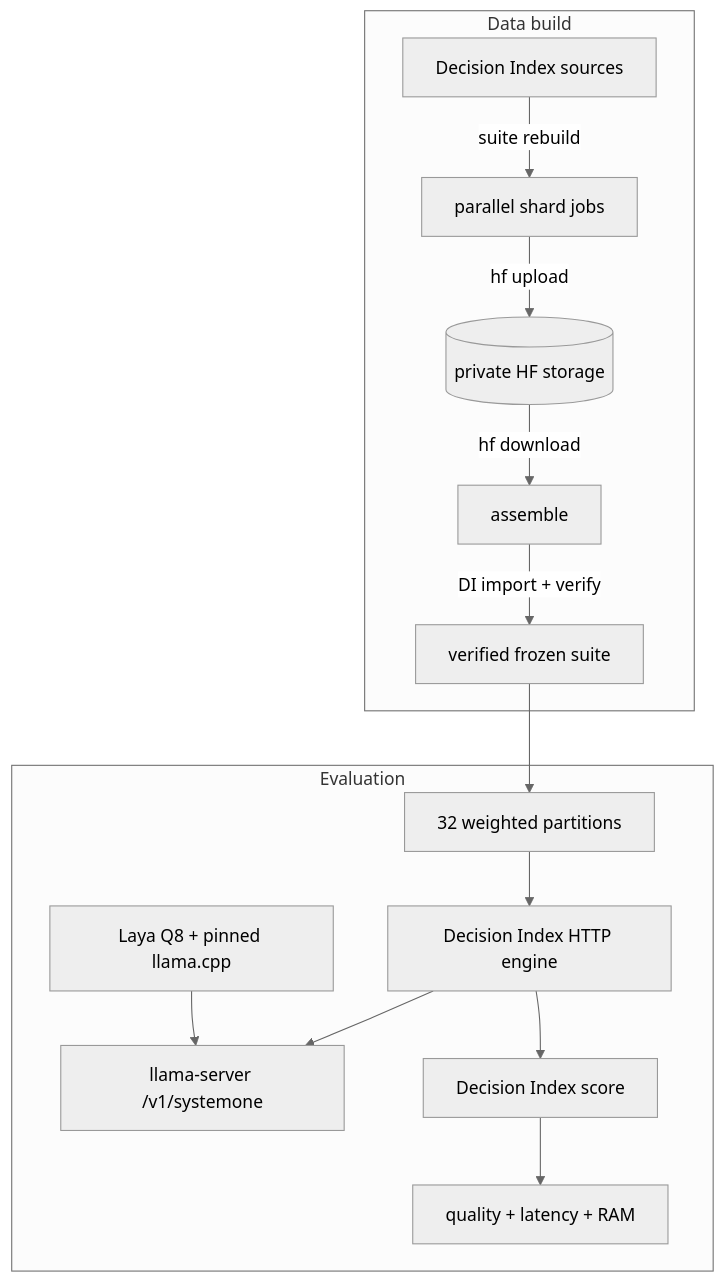
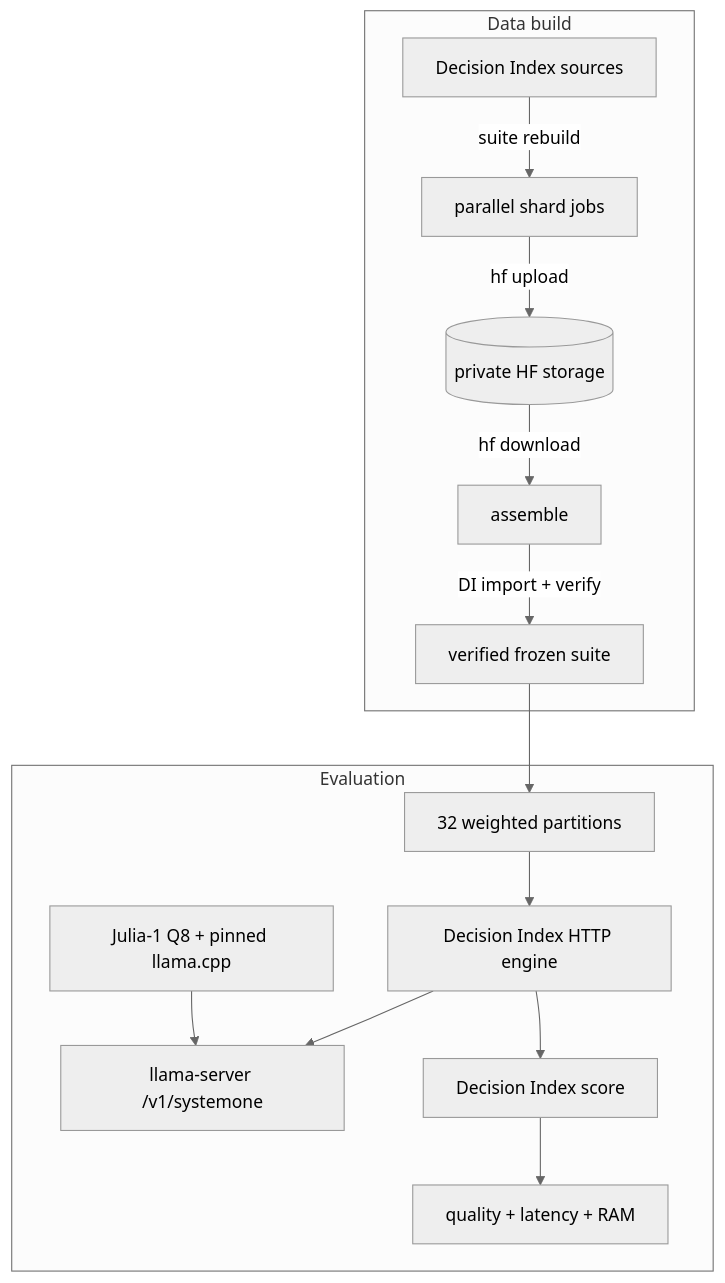
One commit to datGryphon/systemone-eval changed the diagram in .github/README.md. Above: the diagram before and after it, drawn with Mermaid (neutral theme). The commit also changed other lines of this file, not shown here.

Commit message:
docs: restore Julia evaluation baseline

````diff
--- a/.github/README.md
+++ b/.github/README.md
@@ -11,31 +11,31 @@
 ```mermaid
 flowchart TD
     subgraph BUILD["Data build"]
         DI[Decision Index sources]
         SHARDS[parallel shard jobs]
         STORE[(private HF storage)]
         ASSEMBLE[assemble]
         SUITE[verified frozen suite]
 
         DI -->|suite rebuild| SHARDS
         SHARDS -->|hf upload| STORE
         STORE -->|hf download| ASSEMBLE
         ASSEMBLE -->|DI import + verify| SUITE
     end
 
     subgraph EVAL["Evaluation"]
         SPLIT[32 weighted partitions]
-        MODEL[Laya Q8 + pinned llama.cpp]
+        MODEL[Julia-1 Q8 + pinned llama.cpp]
         SERVER[llama-server /v1/systemone]
         ENGINE[Decision Index HTTP engine]
         SCORE[Decision Index score]
         RESULTS[quality + latency + RAM]
 
         SUITE --> SPLIT
         SPLIT --> ENGINE
         MODEL --> SERVER
         ENGINE --> SERVER
         ENGINE --> SCORE
         SCORE --> RESULTS
     end
 ```
````
